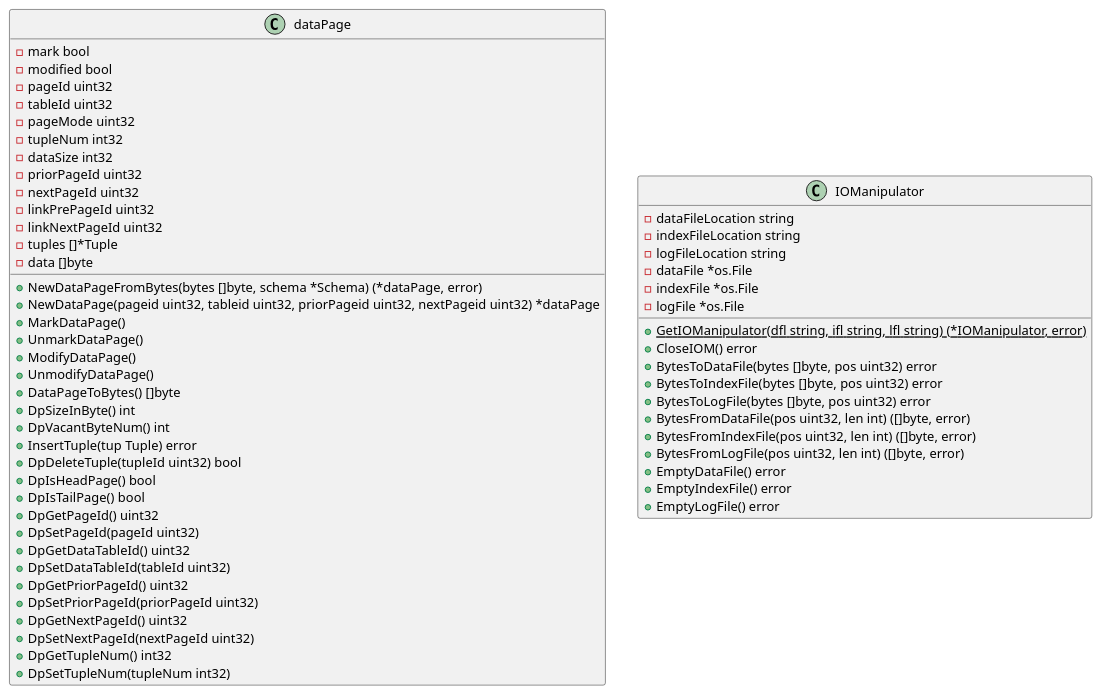
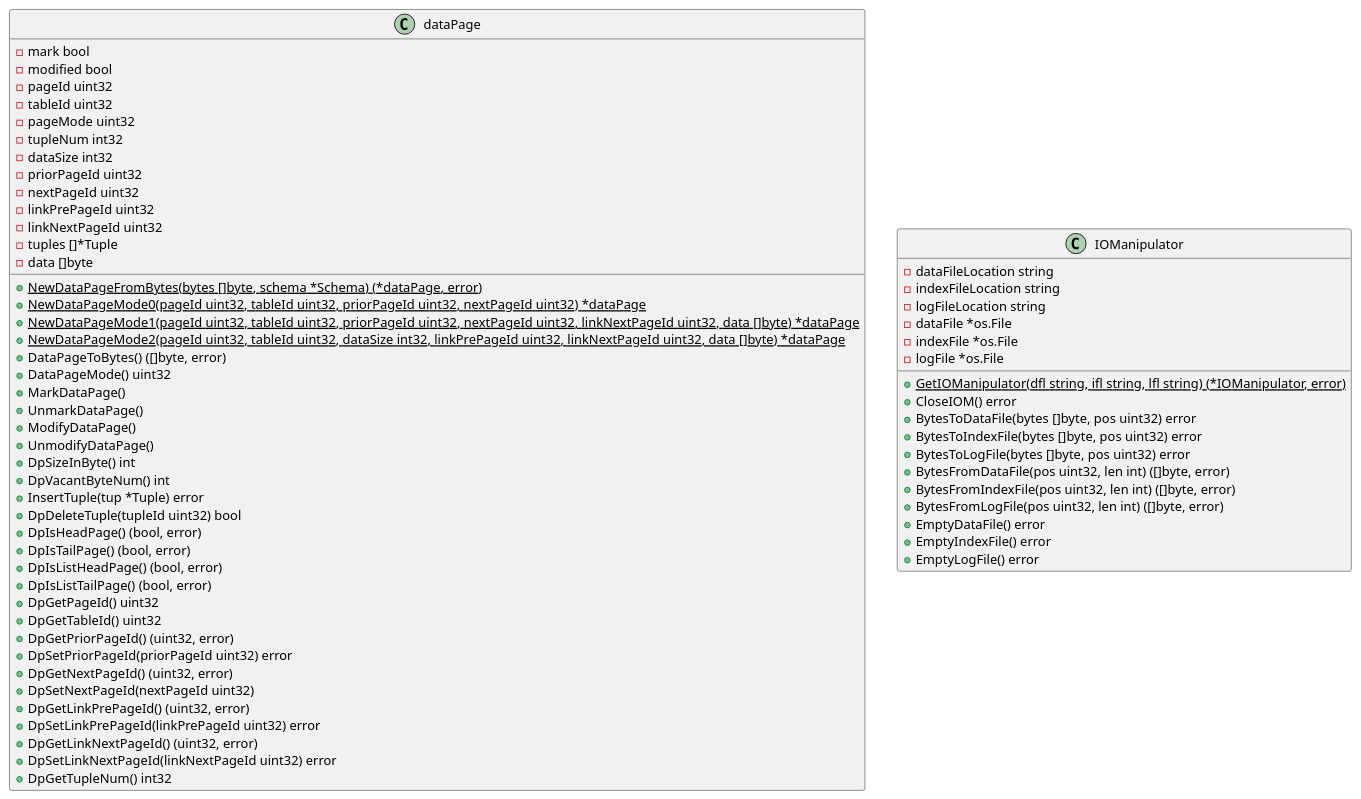
One commit to JorryJoestar/ZetaDB changed the diagram in UML/storage.wsd. Above: the diagram before and after it, drawn with PlantUML. The commit also changed 1 other file, not shown here.

Commit message:
dataPage

```diff
--- a/UML/storage.wsd
+++ b/UML/storage.wsd
@@ -1,65 +1,71 @@
 @startuml
 
 class dataPage {
     -mark bool
     -modified bool
     -pageId uint32
     -tableId uint32
     -pageMode uint32
     -tupleNum int32
     -dataSize int32
     -priorPageId uint32
     -nextPageId uint32
     -linkPrePageId uint32
     -linkNextPageId uint32
     -tuples []*Tuple
     -data []byte
 
-    +NewDataPageFromBytes(bytes []byte, schema *Schema) (*dataPage, error)
-    +NewDataPage(pageid uint32, tableid uint32, priorPageid uint32, nextPageid uint32) *dataPage
+    +{static} NewDataPageFromBytes(bytes []byte, schema *Schema) (*dataPage, error)
+    +{static} NewDataPageMode0(pageId uint32, tableId uint32, priorPageId uint32, nextPageId uint32) *dataPage
+    +{static} NewDataPageMode1(pageId uint32, tableId uint32, priorPageId uint32, nextPageId uint32, linkNextPageId uint32, data []byte) *dataPage
+    +{static} NewDataPageMode2(pageId uint32, tableId uint32, dataSize int32, linkPrePageId uint32, linkNextPageId uint32, data []byte) *dataPage
+    +DataPageToBytes() ([]byte, error)
+    +DataPageMode() uint32
     +MarkDataPage()
     +UnmarkDataPage()
     +ModifyDataPage()
     +UnmodifyDataPage()
-    +DataPageToBytes() []byte
     +DpSizeInByte() int
     +DpVacantByteNum() int
-    +InsertTuple(tup Tuple) error
+    +InsertTuple(tup *Tuple) error
     +DpDeleteTuple(tupleId uint32) bool
-    +DpIsHeadPage() bool
-    +DpIsTailPage() bool
+    +DpIsHeadPage() (bool, error)
+    +DpIsTailPage() (bool, error)
+    +DpIsListHeadPage() (bool, error)
+    +DpIsListTailPage() (bool, error)
     +DpGetPageId() uint32
-    +DpSetPageId(pageId uint32)
-    +DpGetDataTableId() uint32
-    +DpSetDataTableId(tableId uint32)
-    +DpGetPriorPageId() uint32
-    +DpSetPriorPageId(priorPageId uint32)
-    +DpGetNextPageId() uint32
+    +DpGetTableId() uint32
+    +DpGetPriorPageId() (uint32, error)
+    +DpSetPriorPageId(priorPageId uint32) error
+    +DpGetNextPageId() (uint32, error)
     +DpSetNextPageId(nextPageId uint32)
+    +DpGetLinkPrePageId() (uint32, error)
+    +DpSetLinkPrePageId(linkPrePageId uint32) error
+    +DpGetLinkNextPageId() (uint32, error)
+    +DpSetLinkNextPageId(linkNextPageId uint32) error
     +DpGetTupleNum() int32
-    +DpSetTupleNum(tupleNum int32)
 }
 
 class IOManipulator {
     -dataFileLocation string
     -indexFileLocation string
     -logFileLocation string
     -dataFile *os.File
     -indexFile *os.File
     -logFile *os.File
 
     +{static} GetIOManipulator(dfl string, ifl string, lfl string) (*IOManipulator, error)
     +CloseIOM() error
     +BytesToDataFile(bytes []byte, pos uint32) error
     +BytesToIndexFile(bytes []byte, pos uint32) error
     +BytesToLogFile(bytes []byte, pos uint32) error
     +BytesFromDataFile(pos uint32, len int) ([]byte, error)
     +BytesFromIndexFile(pos uint32, len int) ([]byte, error)
     +BytesFromLogFile(pos uint32, len int) ([]byte, error)
     +EmptyDataFile() error
     +EmptyIndexFile() error
     +EmptyLogFile() error
 }
 
 
 @enduml
```
